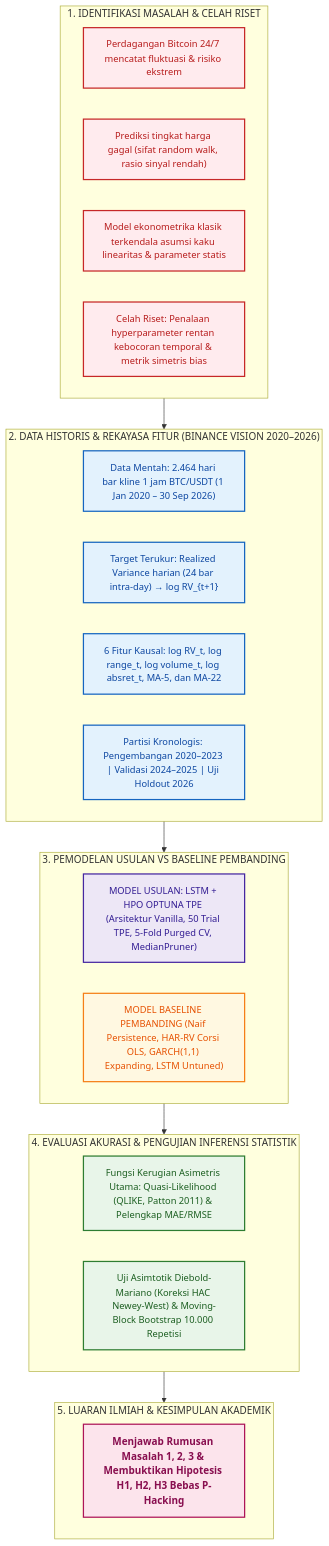
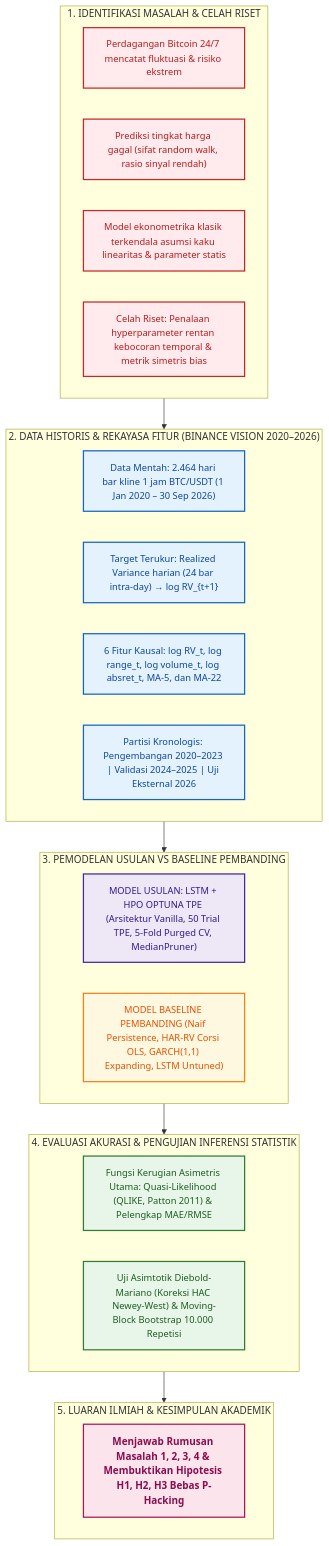
Before and after one commit to zeen-lien/OptimasiBTC: the second of 3 diagrams in 03_Naskah_Skripsi/study2/figures/KODE_DIAGRAM_DRAWIO.md, drawn with Mermaid. The commit also changed other lines of this file and 50 other files, not shown here.

````diff
--- a/03_Naskah_Skripsi/study2/figures/KODE_DIAGRAM_DRAWIO.md
+++ b/03_Naskah_Skripsi/study2/figures/KODE_DIAGRAM_DRAWIO.md
@@ -106,43 +115,43 @@
 ```mermaid
 graph TD
     classDef default font-family:'Segoe UI',Helvetica,Arial,sans-serif,font-size:15px,color:#111,stroke-width:2px;
     classDef step1 fill:#FFEBEE,stroke:#C62828,color:#B71C1C,font-size:15px;
     classDef step2 fill:#E3F2FD,stroke:#1565C0,color:#0D47A1,font-size:15px;
     classDef step3 fill:#EDE7F6,stroke:#4527A0,color:#311B92,font-size:15px;
     classDef step4 fill:#FFF8E1,stroke:#F57F17,color:#E65100,font-size:15px;
     classDef step5 fill:#E8F5E9,stroke:#2E7D32,color:#1B5E20,font-size:15px;
     classDef step6 fill:#FCE4EC,stroke:#AD1457,color:#880E4F,font-size:16px,font-weight:bold;
 
     subgraph T1 ["1. IDENTIFIKASI MASALAH & CELAH RISET"]
         p1["Perdagangan Bitcoin 24/7 mencatat fluktuasi & risiko ekstrem"]:::step1
         p2["Prediksi tingkat harga gagal (sifat random walk, rasio sinyal rendah)"]:::step1
         p3["Model ekonometrika klasik terkendala asumsi kaku linearitas & parameter statis"]:::step1
         p4["Celah Riset: Penalaan hyperparameter rentan kebocoran temporal & metrik simetris bias"]:::step1
     end
 
     subgraph T2 ["2. DATA HISTORIS & REKAYASA FITUR (BINANCE VISION 2020–2026)"]
         d1["Data Mentah: 2.464 hari bar kline 1 jam BTC/USDT (1 Jan 2020 – 30 Sep 2026)"]:::step2
         d2["Target Terukur: Realized Variance harian (24 bar intra-day) → log RV_{t+1}"]:::step2
         d3["6 Fitur Kausal: log RV_t, log range_t, log volume_t, log absret_t, MA-5, dan MA-22"]:::step2
-        d4["Partisi Kronologis: Pengembangan 2020–2023 | Validasi 2024–2025 | Uji Holdout 2026"]:::step2
+        d4["Partisi Kronologis: Pengembangan 2020–2023 | Validasi 2024–2025 | Uji Eksternal 2026"]:::step2
     end
 
     subgraph T3 ["3. PEMODELAN USULAN VS BASELINE PEMBANDING"]
         m1["MODEL USULAN: LSTM + HPO OPTUNA TPE (Arsitektur Vanilla, 50 Trial TPE, 5-Fold Purged CV, MedianPruner)"]:::step3
         b1["MODEL BASELINE PEMBANDING (Naif Persistence, HAR-RV Corsi OLS, GARCH(1,1) Expanding, LSTM Untuned)"]:::step4
     end
 
     subgraph T4 ["4. EVALUASI AKURASI & PENGUJIAN INFERENSI STATISTIK"]
         e1["Fungsi Kerugian Asimetris Utama: Quasi-Likelihood (QLIKE, Patton 2011) & Pelengkap MAE/RMSE"]:::step5
         e2["Uji Asimtotik Diebold-Mariano (Koreksi HAC Newey-West) & Moving-Block Bootstrap 10.000 Repetisi"]:::step5
     end
 
     subgraph T5 ["5. LUARAN ILMIAH & KESIMPULAN AKADEMIK"]
-        c1["Menjawab Rumusan Masalah 1, 2, 3 & Membuktikan Hipotesis H1, H2, H3 Bebas P-Hacking"]:::step6
+        c1["Menjawab Rumusan Masalah 1, 2, 3, 4 & Membuktikan Hipotesis H1, H2, H3 Bebas P-Hacking"]:::step6
     end
 
     T1 --> T2
     T2 --> T3
     T3 --> T4
     T4 --> T5
 ```
````
